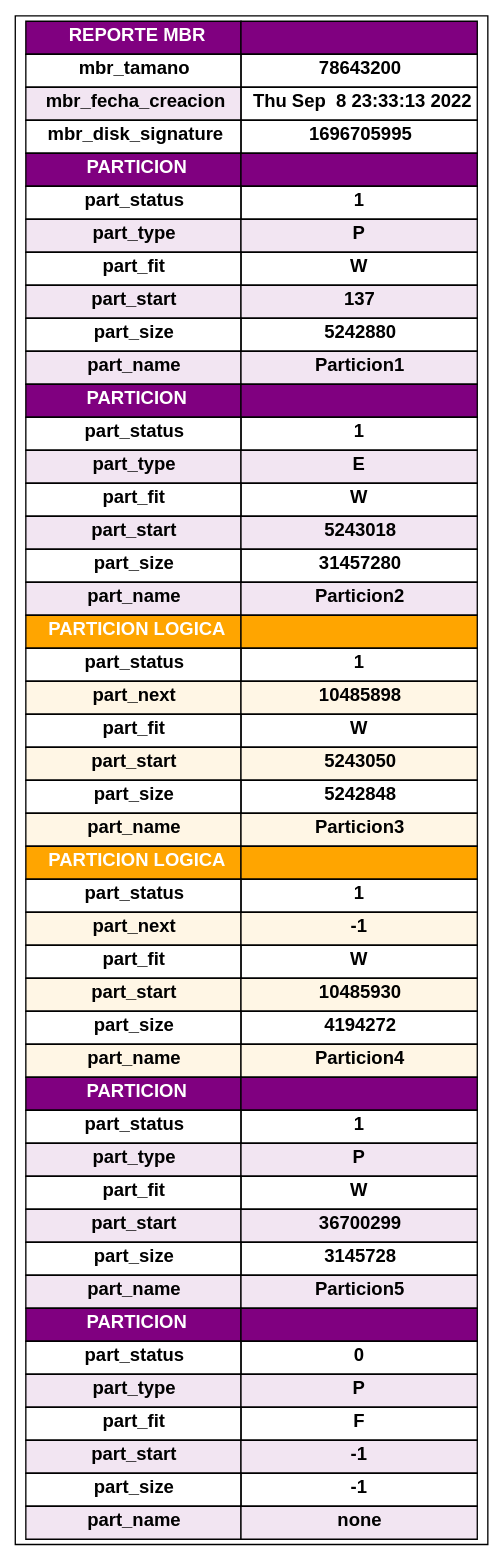
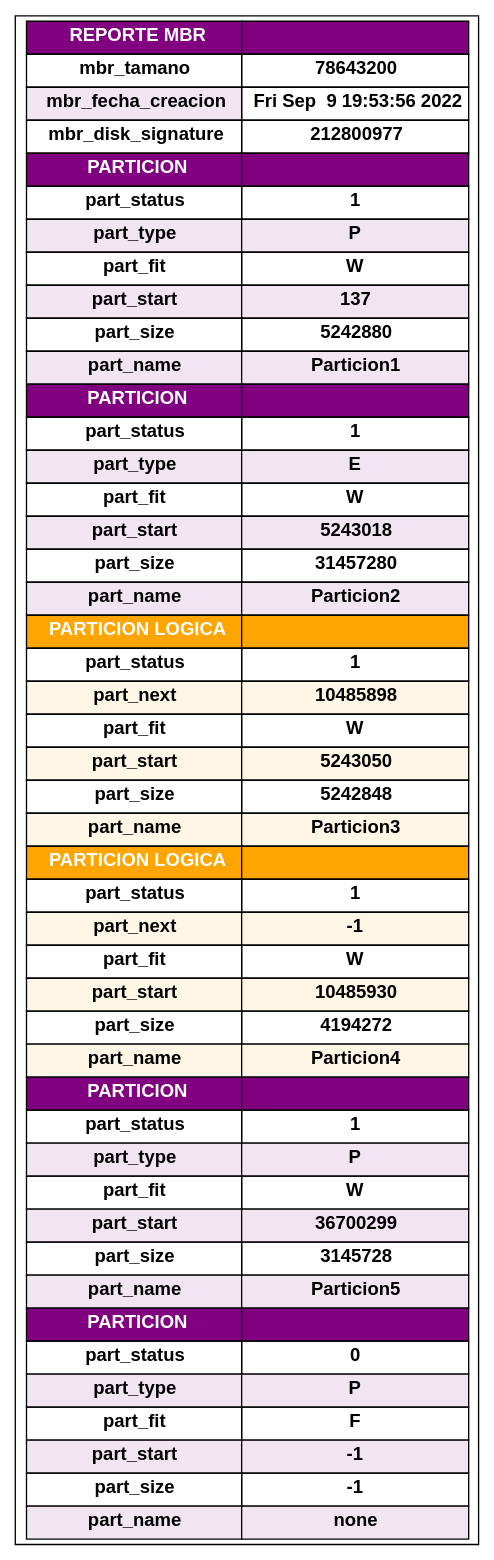
One commit to Desquivel501/-MIA-PROYECTO1_202010055 changed the diagram in auxiliar.dot. Above: the diagram before and after it, drawn with Graphviz. The commit also changed 7 other files, not shown here.

```diff
--- a/auxiliar.dot
+++ b/auxiliar.dot
@@ -1,56 +1,56 @@
 digraph G {
 fontname="Helvetica,Arial,sans-serif"
 node [fontname="Helvetica,Arial,sans-serif"]
 rankdir=TB;
 node [shape=record];
 a[label = <<table border="0" cellborder="1" cellspacing="0" cellpadding="4">
             <tr> <td bgcolor="#800080">  <font color="white"> <b>REPORTE MBR</b> </font> </td> <td bgcolor="#800080"></td> </tr>
             <tr> <td> <b>mbr_tamano</b> </td> <td> <b>78643200</b> </td> </tr>
-            <tr> <td bgcolor="#f2e5f2"> <b>mbr_fecha_creacion</b> </td> <td> <b>Thu Sep  8 23:33:13 2022
+            <tr> <td bgcolor="#f2e5f2"> <b>mbr_fecha_creacion</b> </td> <td> <b>Fri Sep  9 19:53:56 2022
 </b> </td> </tr>
-            <tr> <td> <b>mbr_disk_signature</b> </td> <td> <b>1696705995</b> </td> </tr>
+            <tr> <td> <b>mbr_disk_signature</b> </td> <td> <b>212800977</b> </td> </tr>
             <tr> <td bgcolor="#800080">  <font color="white"> <b>PARTICION</b> </font> </td> <td bgcolor="#800080"></td> </tr>
             <tr> <td> <b>part_status</b> </td> <td> <b>1</b> </td> </tr>
             <tr> <td bgcolor="#f2e5f2"> <b>part_type</b> </td> <td bgcolor="#f2e5f2"> <b>P</b> </td> </tr>
             <tr> <td> <b>part_fit</b> </td> <td> <b>W</b> </td> </tr>
             <tr> <td bgcolor="#f2e5f2"> <b>part_start</b> </td> <td bgcolor="#f2e5f2"> <b>137</b> </td> </tr>
             <tr> <td> <b>part_size</b> </td> <td> <b>5242880</b> </td> </tr>
             <tr> <td bgcolor="#f2e5f2"> <b>part_name</b> </td> <td bgcolor="#f2e5f2"> <b>Particion1</b> </td> </tr>
             <tr> <td bgcolor="#800080">  <font color="white"> <b>PARTICION</b> </font> </td> <td bgcolor="#800080"></td> </tr>
             <tr> <td> <b>part_status</b> </td> <td> <b>1</b> </td> </tr>
             <tr> <td bgcolor="#f2e5f2"> <b>part_type</b> </td> <td bgcolor="#f2e5f2"> <b>E</b> </td> </tr>
             <tr> <td> <b>part_fit</b> </td> <td> <b>W</b> </td> </tr>
             <tr> <td bgcolor="#f2e5f2"> <b>part_start</b> </td> <td bgcolor="#f2e5f2"> <b>5243018</b> </td> </tr>
             <tr> <td> <b>part_size</b> </td> <td> <b>31457280</b> </td> </tr>
             <tr> <td bgcolor="#f2e5f2"> <b>part_name</b> </td> <td bgcolor="#f2e5f2"> <b>Particion2</b> </td> </tr>
             <tr> <td bgcolor="#ffa500">  <font color="white"> <b>PARTICION LOGICA</b> </font> </td> <td bgcolor="#ffa500"></td> </tr>
             <tr> <td> <b>part_status</b> </td> <td> <b>1</b> </td> </tr>
             <tr> <td bgcolor="#fff6e5"> <b>part_next</b> </td> <td bgcolor="#fff6e5"> <b>10485898</b> </td> </tr>
             <tr> <td> <b>part_fit</b> </td> <td> <b>W</b> </td> </tr>
             <tr> <td bgcolor="#fff6e5"> <b>part_start</b> </td> <td bgcolor="#fff6e5"> <b>5243050</b> </td> </tr>
             <tr> <td> <b>part_size</b> </td> <td> <b>5242848</b> </td> </tr>
             <tr> <td bgcolor="#fff6e5"> <b>part_name</b> </td> <td bgcolor="#fff6e5"> <b>Particion3</b> </td> </tr>
             <tr> <td bgcolor="#ffa500">  <font color="white"> <b>PARTICION LOGICA</b> </font> </td> <td bgcolor="#ffa500"></td> </tr>
             <tr> <td> <b>part_status</b> </td> <td> <b>1</b> </td> </tr>
             <tr> <td bgcolor="#fff6e5"> <b>part_next</b> </td> <td bgcolor="#fff6e5"> <b>-1</b> </td> </tr>
             <tr> <td> <b>part_fit</b> </td> <td> <b>W</b> </td> </tr>
             <tr> <td bgcolor="#fff6e5"> <b>part_start</b> </td> <td bgcolor="#fff6e5"> <b>10485930</b> </td> </tr>
             <tr> <td> <b>part_size</b> </td> <td> <b>4194272</b> </td> </tr>
             <tr> <td bgcolor="#fff6e5"> <b>part_name</b> </td> <td bgcolor="#fff6e5"> <b>Particion4</b> </td> </tr>
             <tr> <td bgcolor="#800080">  <font color="white"> <b>PARTICION</b> </font> </td> <td bgcolor="#800080"></td> </tr>
             <tr> <td> <b>part_status</b> </td> <td> <b>1</b> </td> </tr>
             <tr> <td bgcolor="#f2e5f2"> <b>part_type</b> </td> <td bgcolor="#f2e5f2"> <b>P</b> </td> </tr>
             <tr> <td> <b>part_fit</b> </td> <td> <b>W</b> </td> </tr>
             <tr> <td bgcolor="#f2e5f2"> <b>part_start</b> </td> <td bgcolor="#f2e5f2"> <b>36700299</b> </td> </tr>
             <tr> <td> <b>part_size</b> </td> <td> <b>3145728</b> </td> </tr>
             <tr> <td bgcolor="#f2e5f2"> <b>part_name</b> </td> <td bgcolor="#f2e5f2"> <b>Particion5</b> </td> </tr>
             <tr> <td bgcolor="#800080">  <font color="white"> <b>PARTICION</b> </font> </td> <td bgcolor="#800080"></td> </tr>
             <tr> <td> <b>part_status</b> </td> <td> <b>0</b> </td> </tr>
             <tr> <td bgcolor="#f2e5f2"> <b>part_type</b> </td> <td bgcolor="#f2e5f2"> <b>P</b> </td> </tr>
             <tr> <td> <b>part_fit</b> </td> <td> <b>F</b> </td> </tr>
             <tr> <td bgcolor="#f2e5f2"> <b>part_start</b> </td> <td bgcolor="#f2e5f2"> <b>-1</b> </td> </tr>
             <tr> <td> <b>part_size</b> </td> <td> <b>-1</b> </td> </tr>
             <tr> <td bgcolor="#f2e5f2"> <b>part_name</b> </td> <td bgcolor="#f2e5f2"> <b>none</b> </td> </tr>
         </table>>
 ]
 }
```
